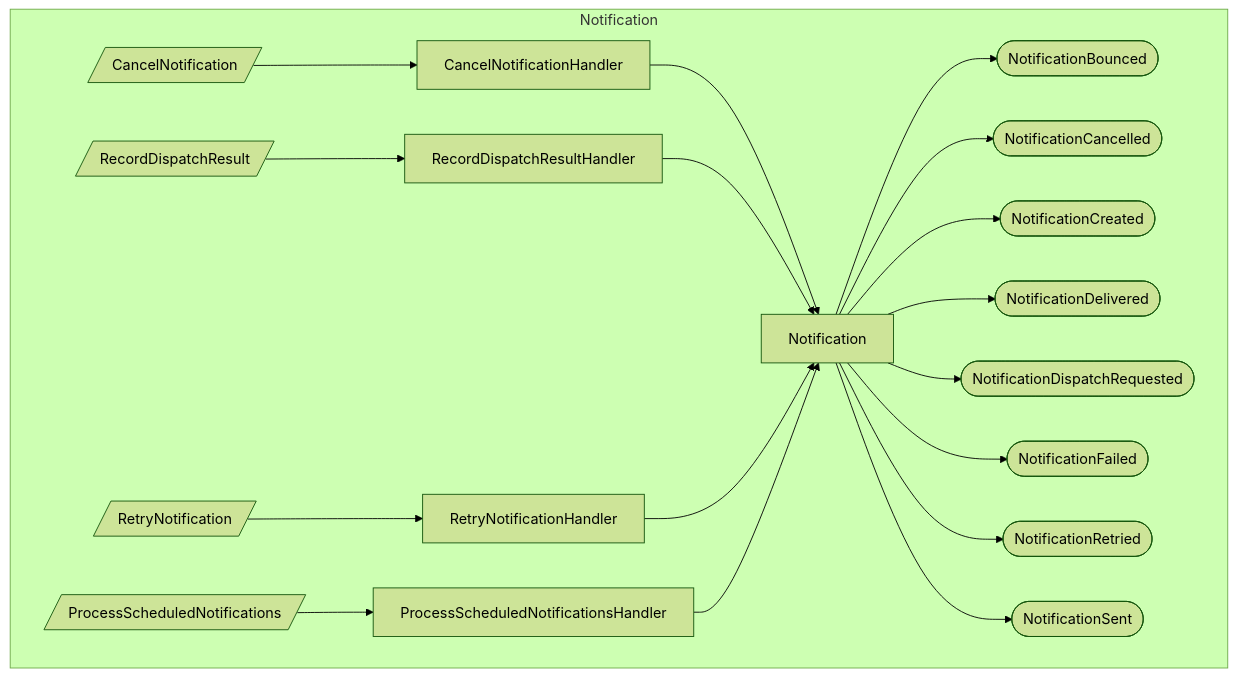
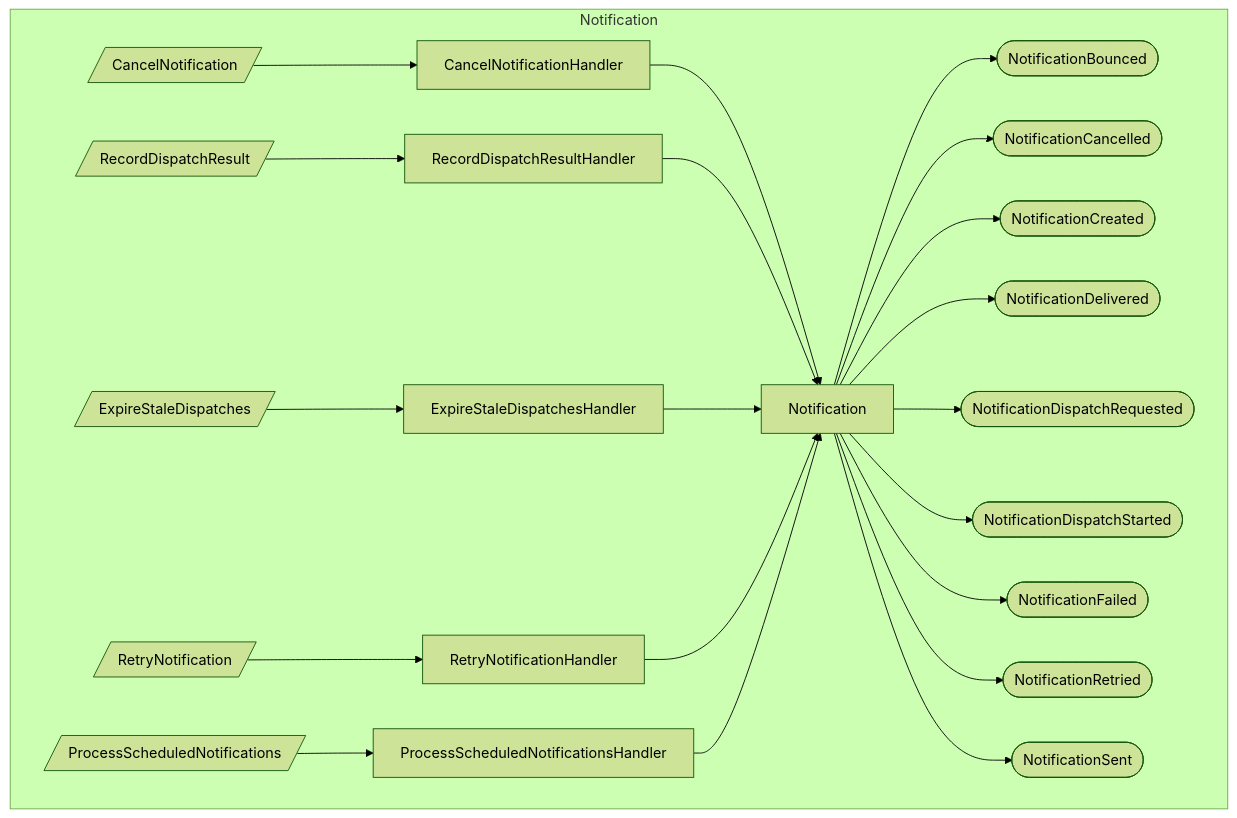
One commit to proteanhq/shopstream changed the first of 3 diagrams in docs/notifications/event-flows.md. Above: the diagram before and after it, drawn with Mermaid (forest theme). The commit also changed other lines of this file and 61 other files, not shown here.

First line of the commit message:
Claim a notification before its send, and send retried notifications again (#130)

````diff
--- a/docs/notifications/event-flows.md
+++ b/docs/notifications/event-flows.md
@@ -3,38 +3,44 @@
 ```mermaid
 flowchart TD
     subgraph notifications_notification_notification_Notification[Notification]
         agg_notifications_notification_notification_Notification[Notification]
         cmd_notifications_notification_cancellation_CancelNotification[/CancelNotification/]
         cmd_notifications_notification_dispatch_RecordDispatchResult[/RecordDispatchResult/]
+        cmd_notifications_notification_dispatch_expiry_ExpireStaleDispatches[/ExpireStaleDispatches/]
         cmd_notifications_notification_retry_RetryNotification[/RetryNotification/]
         cmd_notifications_notification_scheduler_ProcessScheduledNotifications[/ProcessScheduledNotifications/]
         evt_notifications_notification_events_NotificationBounced([NotificationBounced])
         evt_notifications_notification_events_NotificationCancelled([NotificationCancelled])
         evt_notifications_notification_events_NotificationCreated([NotificationCreated])
         evt_notifications_notification_events_NotificationDelivered([NotificationDelivered])
         evt_notifications_notification_events_NotificationDispatchRequested([NotificationDispatchRequested])
+        evt_notifications_notification_events_NotificationDispatchStarted([NotificationDispatchStarted])
         evt_notifications_notification_events_NotificationFailed([NotificationFailed])
         evt_notifications_notification_events_NotificationRetried([NotificationRetried])
         evt_notifications_notification_events_NotificationSent([NotificationSent])
         hdlr_notifications_notification_cancellation_CancelNotificationHandler[CancelNotificationHandler]
         hdlr_notifications_notification_dispatch_RecordDispatchResultHandler[RecordDispatchResultHandler]
+        hdlr_notifications_notification_dispatch_expiry_ExpireStaleDispatchesHandler[ExpireStaleDispatchesHandler]
         hdlr_notifications_notification_retry_RetryNotificationHandler[RetryNotificationHandler]
         hdlr_notifications_notification_scheduler_ProcessScheduledNotificationsHandler[ProcessScheduledNotificationsHandler]
     end
     cmd_notifications_notification_cancellation_CancelNotification --> hdlr_notifications_notification_cancellation_CancelNotificationHandler
     hdlr_notifications_notification_cancellation_CancelNotificationHandler --> agg_notifications_notification_notification_Notification
     cmd_notifications_notification_dispatch_RecordDispatchResult --> hdlr_notifications_notification_dispatch_RecordDispatchResultHandler
     hdlr_notifications_notification_dispatch_RecordDispatchResultHandler --> agg_notifications_notification_notification_Notification
+    cmd_notifications_notification_dispatch_expiry_ExpireStaleDispatches --> hdlr_notifications_notification_dispatch_expiry_ExpireStaleDispatchesHandler
+    hdlr_notifications_notification_dispatch_expiry_ExpireStaleDispatchesHandler --> agg_notifications_notification_notification_Notification
     cmd_notifications_notification_retry_RetryNotification --> hdlr_notifications_notification_retry_RetryNotificationHandler
     hdlr_notifications_notification_retry_RetryNotificationHandler --> agg_notifications_notification_notification_Notification
     cmd_notifications_notification_scheduler_ProcessScheduledNotifications --> hdlr_notifications_notification_scheduler_ProcessScheduledNotificationsHandler
     hdlr_notifications_notification_scheduler_ProcessScheduledNotificationsHandler --> agg_notifications_notification_notification_Notification
     agg_notifications_notification_notification_Notification --> evt_notifications_notification_events_NotificationBounced
     agg_notifications_notification_notification_Notification --> evt_notifications_notification_events_NotificationCancelled
     agg_notifications_notification_notification_Notification --> evt_notifications_notification_events_NotificationCreated
     agg_notifications_notification_notification_Notification --> evt_notifications_notification_events_NotificationDelivered
     agg_notifications_notification_notification_Notification --> evt_notifications_notification_events_NotificationDispatchRequested
+    agg_notifications_notification_notification_Notification --> evt_notifications_notification_events_NotificationDispatchStarted
     agg_notifications_notification_notification_Notification --> evt_notifications_notification_events_NotificationFailed
     agg_notifications_notification_notification_Notification --> evt_notifications_notification_events_NotificationRetried
     agg_notifications_notification_notification_Notification --> evt_notifications_notification_events_NotificationSent
 ```
````
